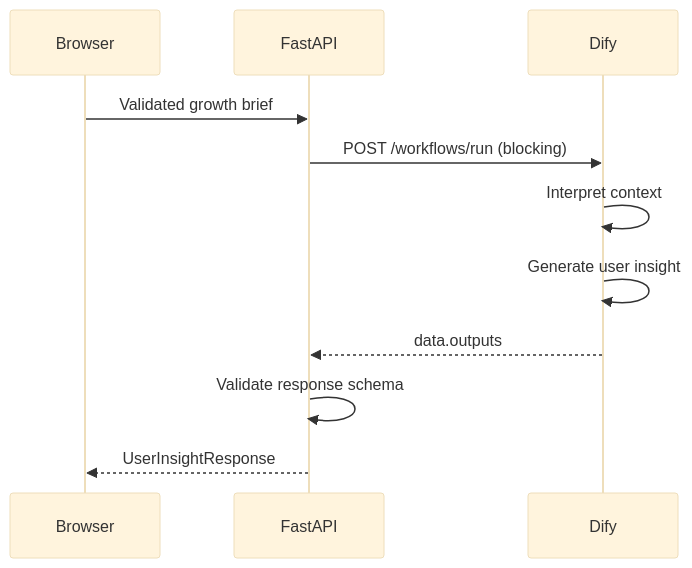
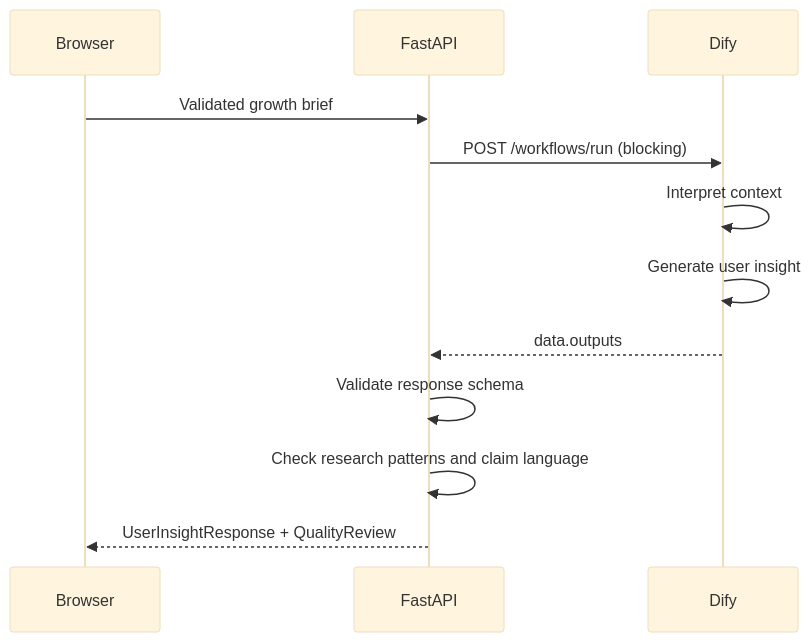
The second of 2 diagrams in docs/architecture.md (ftw10181-oss/ai-growth-agent), drawn with Mermaid (base theme) before and after one commit. The commit also changed other lines of this file and 23 other files, not shown here.

````diff
--- a/docs/architecture.md
+++ b/docs/architecture.md
@@ -51,13 +53,14 @@
 ```mermaid
 sequenceDiagram
     participant UI as Browser
     participant API as FastAPI
     participant DF as Dify
     UI->>API: Validated growth brief
     API->>DF: POST /workflows/run (blocking)
     DF->>DF: Interpret context
     DF->>DF: Generate user insight
     DF-->>API: data.outputs
     API->>API: Validate response schema
-    API-->>UI: UserInsightResponse
+    API->>API: Check research patterns and claim language
+    API-->>UI: UserInsightResponse + QualityReview
 ```
````
